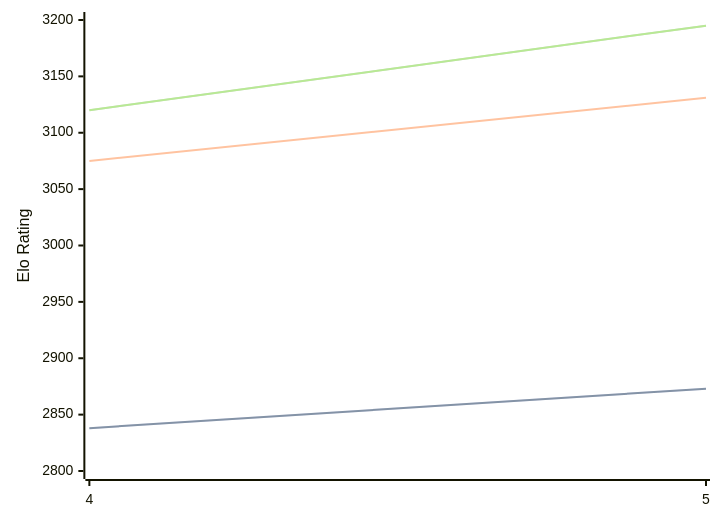
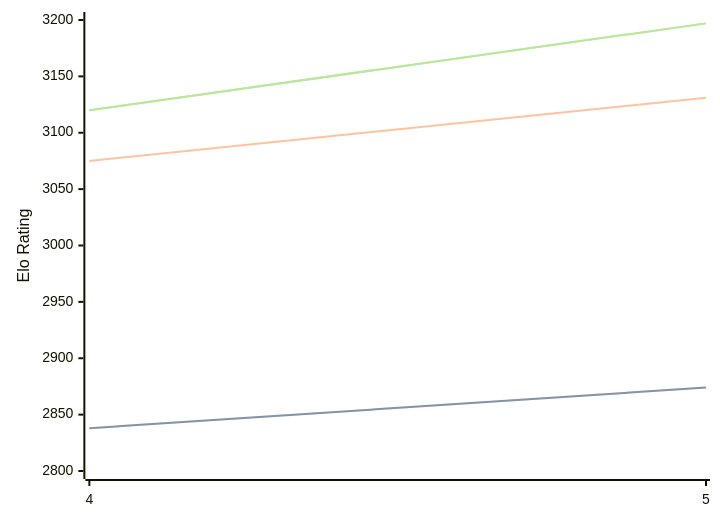
Before and after one commit to computer-chess-index/cci: the diagram in engines/Cwtch.md, drawn with Mermaid. The commit also changed other lines of this file, not shown here.

Commit message:
Update CCI Ratings (ELO VLTC) - 2026-05-22

````diff
--- a/engines/Cwtch.md
+++ b/engines/Cwtch.md
@@ -34,11 +34,11 @@
 ```mermaid
 %%{init: {"theme":"base","themeVariables":{"seriesColors:['#a3a3a3','#222221','#faa371']}}}%%
 xychart-beta
   x-axis ["4", "5"]
   y-axis "Elo Rating" 2800 --> 3200
-  line "STC (8.0+0.08s)" [2838, 2873]
-  line "STC (8.0+0.08s)" [2838, 2873]
+  line "STC (8.0+0.08s)" [2838, 2874]
+  line "STC (8.0+0.08s)" [2838, 2874]
   line "LTC (60.0+0.60s)" [3075, 3131]
-  line "VLTC (2m24s+1.12s)" [3120, 3195]
-  line "VLTC (2m24s+1.12s)" [3120, 3195]
+  line "VLTC (2m24s+1.12s)" [3120, 3197]
+  line "VLTC (2m24s+1.12s)" [3120, 3197]
 ```
````
